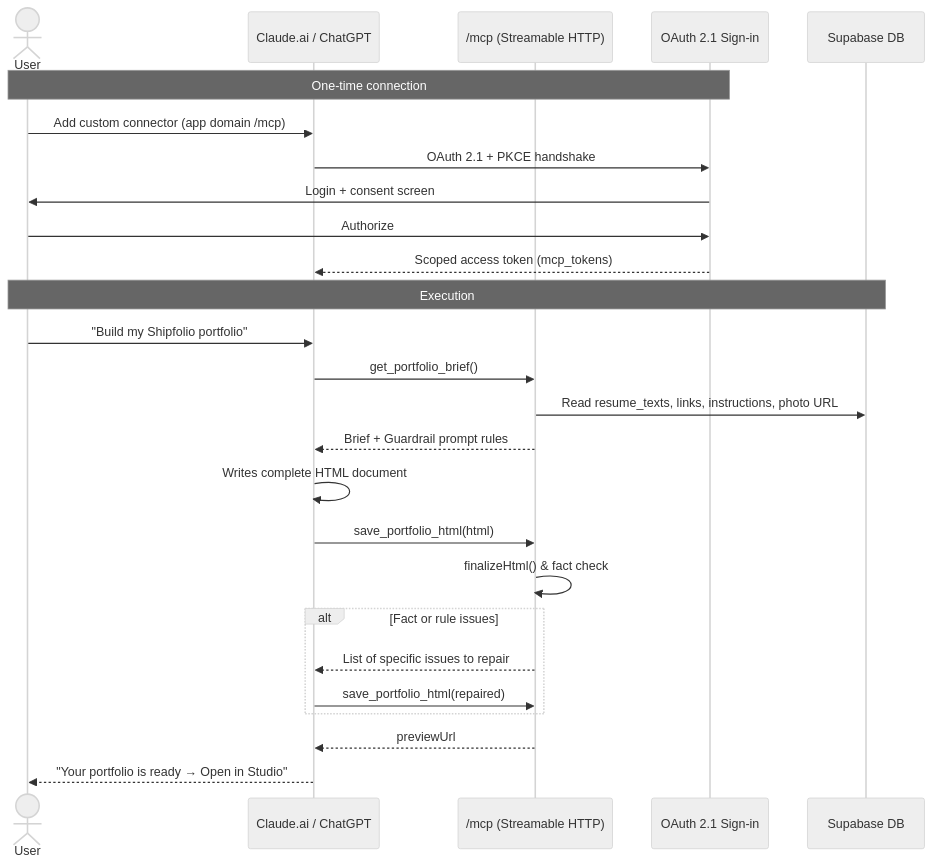
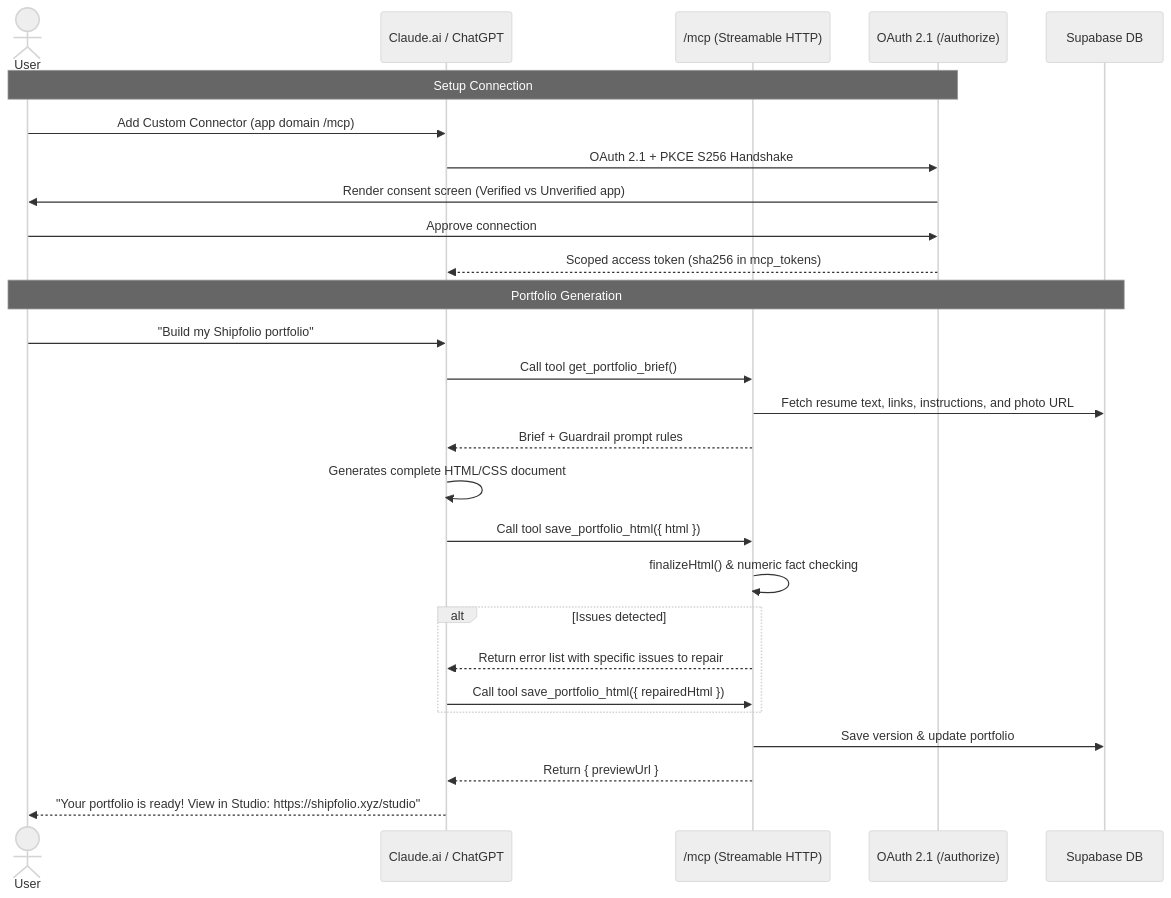
One commit to Suryavamshi99/portfolio-builder-saas changed the third of 4 diagrams in userflow.md. Above: the diagram before and after it, drawn with Mermaid (neutral theme). The commit also changed other lines of this file and 5 other files, not shown here.

Commit message:
docs: refresh API, README, ARCHITECTURE and userflow with shipped features

````diff
--- a/userflow.md
+++ b/userflow.md
@@ -219,30 +168,31 @@
 ```mermaid
 sequenceDiagram
     actor U as User
     participant C as Claude.ai / ChatGPT
     participant M as /mcp (Streamable HTTP)
-    participant AU as OAuth 2.1 Sign-in
+    participant AU as OAuth 2.1 (/authorize)
     participant DB as Supabase DB
 
-    Note over U,AU: One-time connection
-    U->>C: Add custom connector (app domain /mcp)
-    C->>AU: OAuth 2.1 + PKCE handshake
-    AU->>U: Login + consent screen
-    U->>AU: Authorize
-    AU-->>C: Scoped access token (mcp_tokens)
+    Note over U,AU: Setup Connection
+    U->>C: Add Custom Connector (app domain /mcp)
+    C->>AU: OAuth 2.1 + PKCE S256 Handshake
+    AU->>U: Render consent screen (Verified vs Unverified app)
+    U->>AU: Approve connection
+    AU-->>C: Scoped access token (sha256 in mcp_tokens)
 
-    Note over U,DB: Execution
+    Note over U,DB: Portfolio Generation
     U->>C: "Build my Shipfolio portfolio"
-    C->>M: get_portfolio_brief()
-    M->>DB: Read resume_texts, links, instructions, photo URL
+    C->>M: Call tool get_portfolio_brief()
+    M->>DB: Fetch resume text, links, instructions, and photo URL
     M-->>C: Brief + Guardrail prompt rules
-    C->>C: Writes complete HTML document
-    C->>M: save_portfolio_html(html)
-    M->>M: finalizeHtml() & fact check
-    alt Fact or rule issues
-        M-->>C: List of specific issues to repair
-        C->>M: save_portfolio_html(repaired)
+    C->>C: Generates complete HTML/CSS document
+    C->>M: Call tool save_portfolio_html({ html })
+    M->>M: finalizeHtml() & numeric fact checking
+    alt Issues detected
+        M-->>C: Return error list with specific issues to repair
+        C->>M: Call tool save_portfolio_html({ repairedHtml })
     end
-    M-->>C: previewUrl
-    C-->>U: "Your portfolio is ready → Open in Studio"
+    M->>DB: Save version & update portfolio
+    M-->>C: Return { previewUrl }
+    C-->>U: "Your portfolio is ready! View in Studio: https://shipfolio.xyz/studio"
 ```
````
